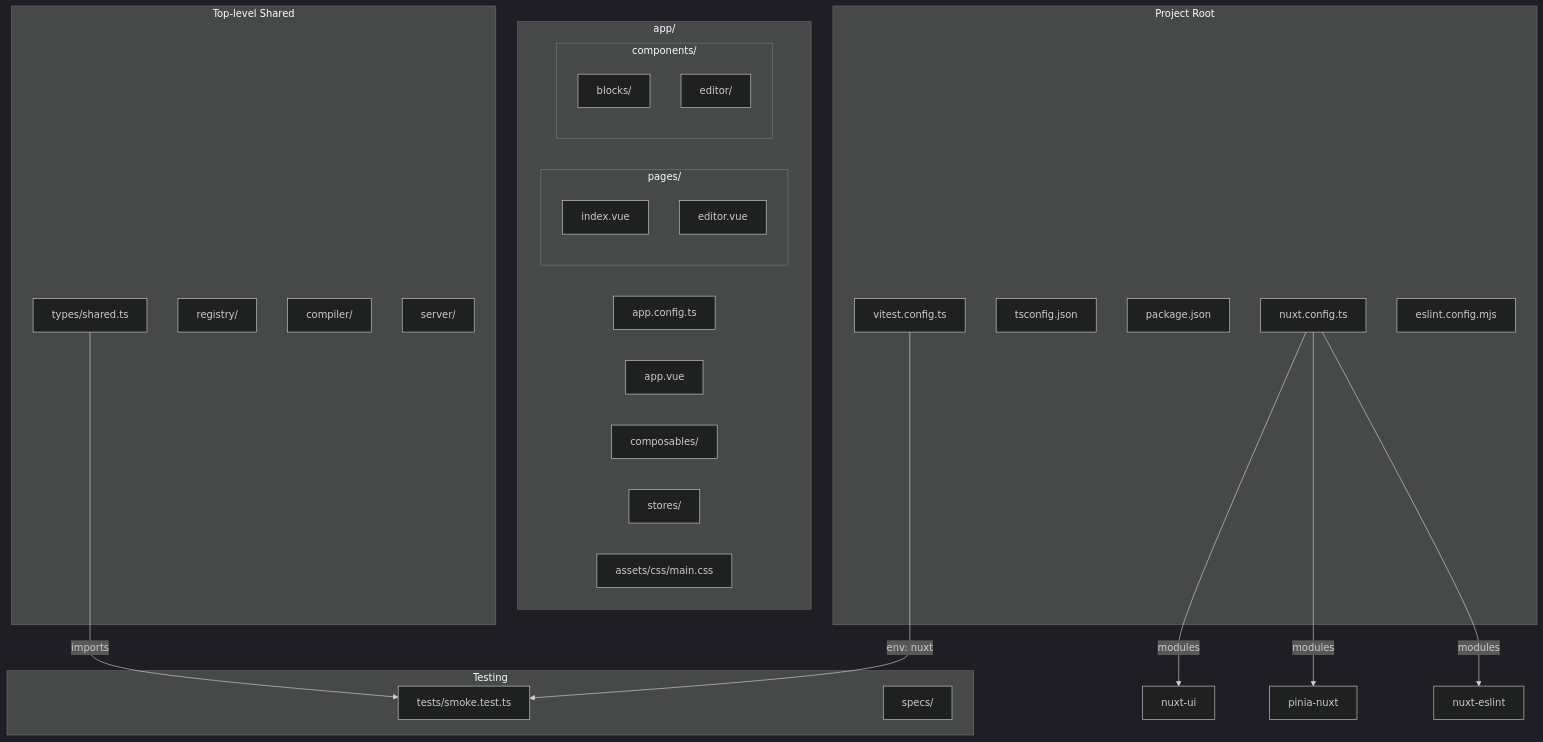
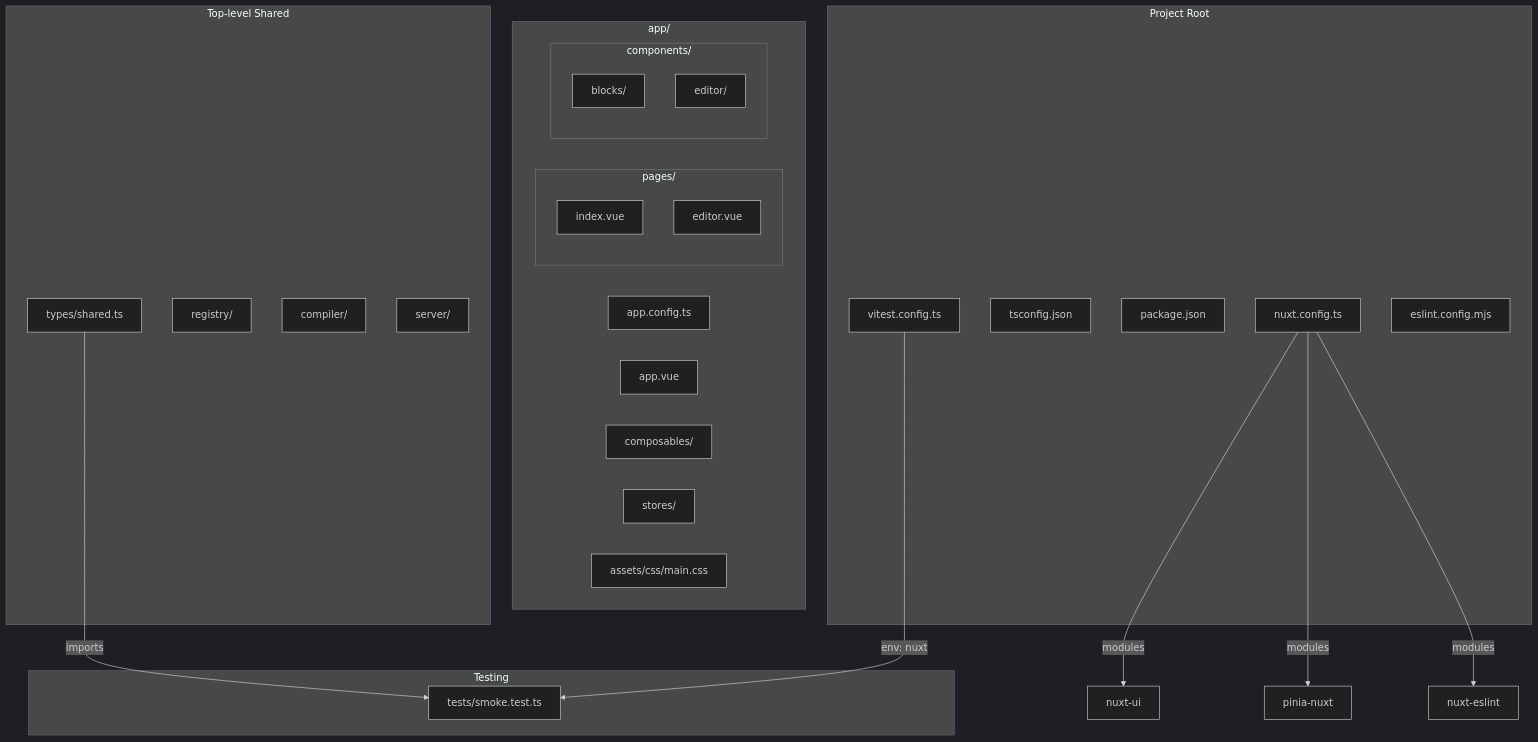
One commit to toolpathguy/nuxt-builder changed the first of 2 diagrams in .kiro/specs/01-project-setup/design.md. Above: the diagram before and after it, drawn with Mermaid (dark theme). The commit also changed other lines of this file and 2 other files, not shown here.

Commit message:
fix: address PR #3 review — add typescript/vue-tsc, manual init, drop specs/, trim R1.5

````diff
--- a/.kiro/specs/01-project-setup/design.md
+++ b/.kiro/specs/01-project-setup/design.md
@@ -19,44 +19,43 @@
 ```mermaid
 graph TB
     subgraph ProjectRoot["Project Root"]
         NC["nuxt.config.ts"]
         TS["tsconfig.json"]
         PJ["package.json"]
         VC["vitest.config.ts"]
         EC["eslint.config.mjs"]
     end
 
     subgraph AppDir["app/"]
         AC["app.config.ts"]
         AV["app.vue"]
         subgraph Pages["pages/"]
             IP["index.vue"]
             EP["editor.vue"]
         end
         subgraph Components["components/"]
             CB["blocks/"]
             CE["editor/"]
         end
         CO["composables/"]
         ST["stores/"]
         CSS["assets/css/main.css"]
     end
 
     subgraph TopLevel["Top-level Shared"]
         TY["types/shared.ts"]
         REG["registry/"]
         COMP["compiler/"]
         SRV["server/"]
     end
 
     subgraph Testing["Testing"]
         TESTS["tests/smoke.test.ts"]
-        SPECS["specs/"]
     end
 
     NC -->|"modules"| UI["nuxt-ui"]
     NC -->|"modules"| PIN["pinia-nuxt"]
     NC -->|"modules"| ESL["nuxt-eslint"]
     VC -->|"env: nuxt"| TESTS
     TY -->|"imports"| TESTS
 ```
````
